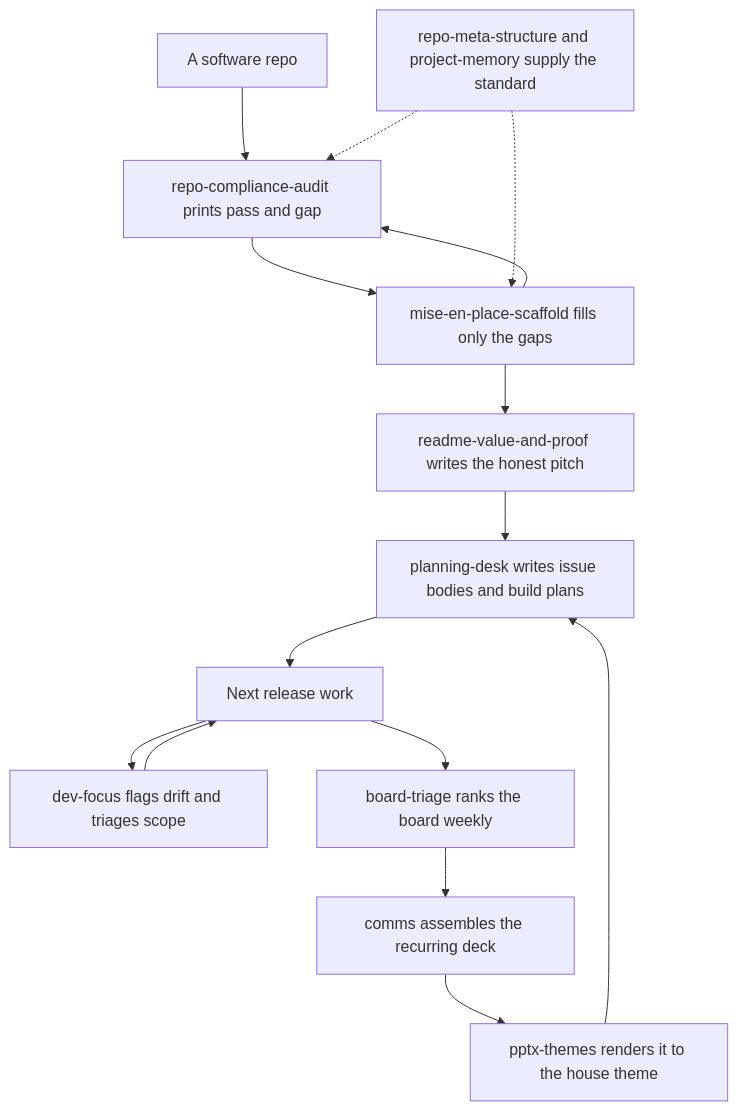
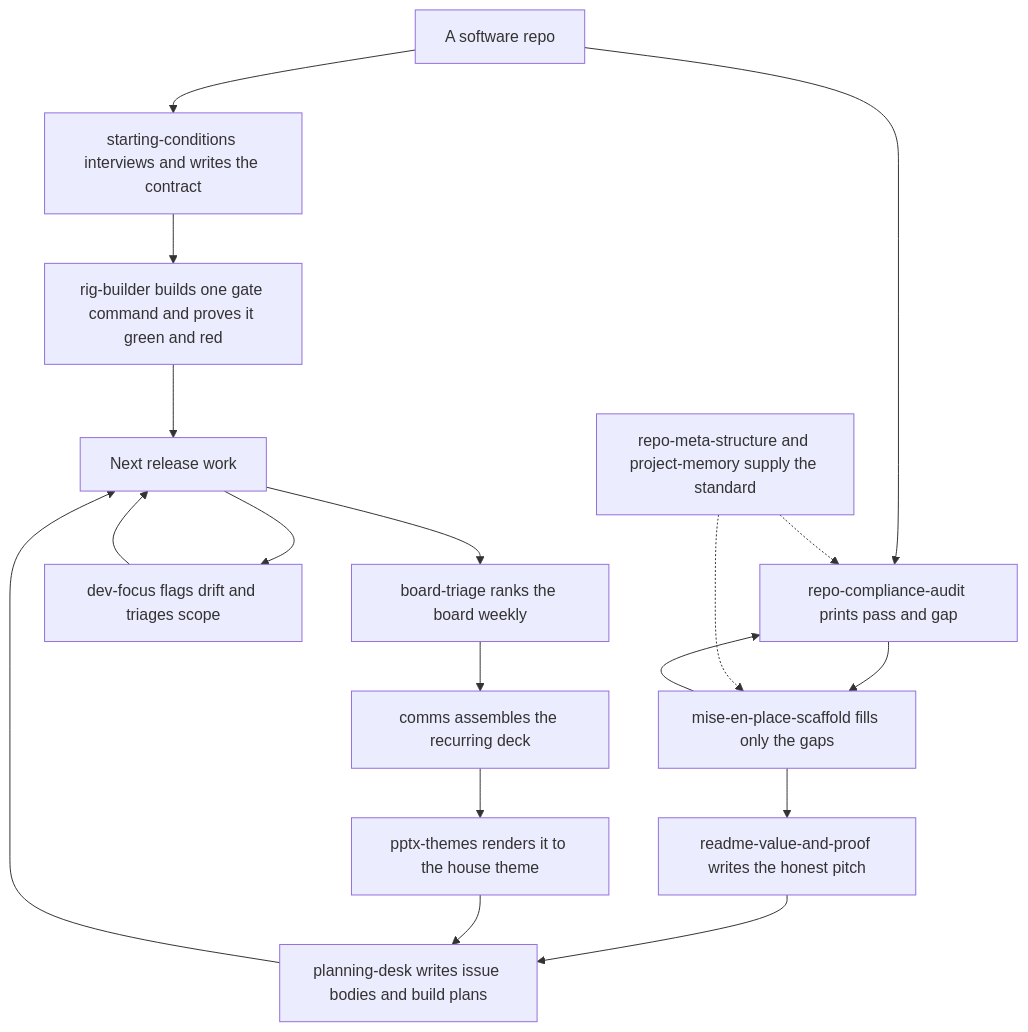
The diagram in plugins/code-desk/README.md (hsb3/dotfiles-agents), drawn with Mermaid before and after one commit. The commit also changed other lines of this file and 14 other files, not shown here.

````diff
--- a/plugins/code-desk/README.md
+++ b/plugins/code-desk/README.md
@@ -15,18 +17,21 @@
 ```mermaid
 flowchart TD
-    Repo[A software repo] --> Audit[repo-compliance-audit prints pass and gap]
+    Repo[A software repo] --> Start[starting-conditions interviews and writes the contract]
+    Start --> Rig[rig-builder builds one gate command and proves it green and red]
+    Repo --> Audit[repo-compliance-audit prints pass and gap]
     Audit --> Scaf[mise-en-place-scaffold fills only the gaps]
     Scaf --> Audit
     Scaf --> RM[readme-value-and-proof writes the honest pitch]
     RM --> Plan[planning-desk writes issue bodies and build plans]
     Plan --> Build[Next release work]
+    Rig --> Build
     Build --> Focus[dev-focus flags drift and triages scope]
     Focus --> Build
     Build --> Board[board-triage ranks the board weekly]
     Board --> Comms[comms assembles the recurring deck]
     Comms --> PPT[pptx-themes renders it to the house theme]
     PPT --> Plan
 
     Std[repo-meta-structure and project-memory supply the standard] -.-> Audit
     Std -.-> Scaf
 ```
````
